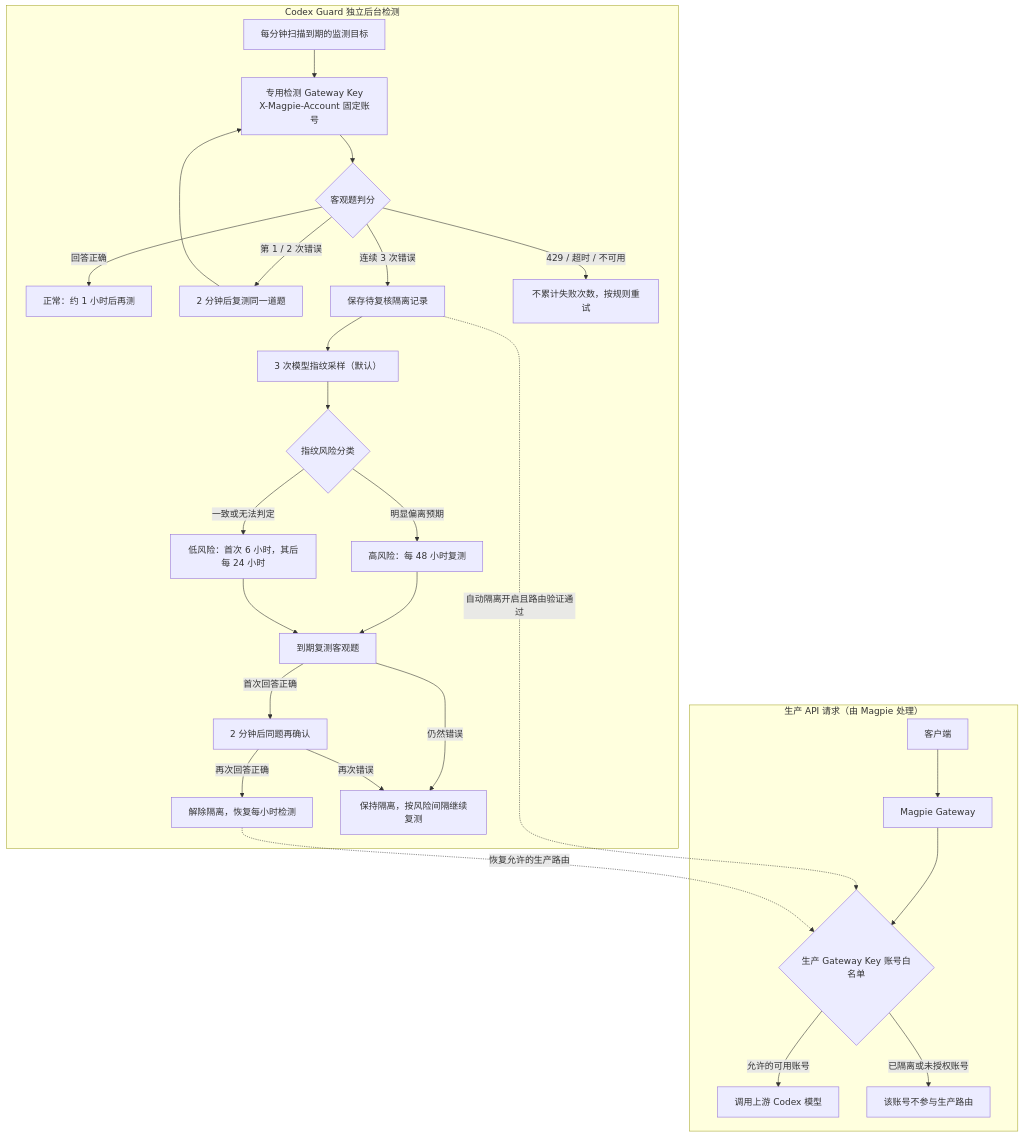
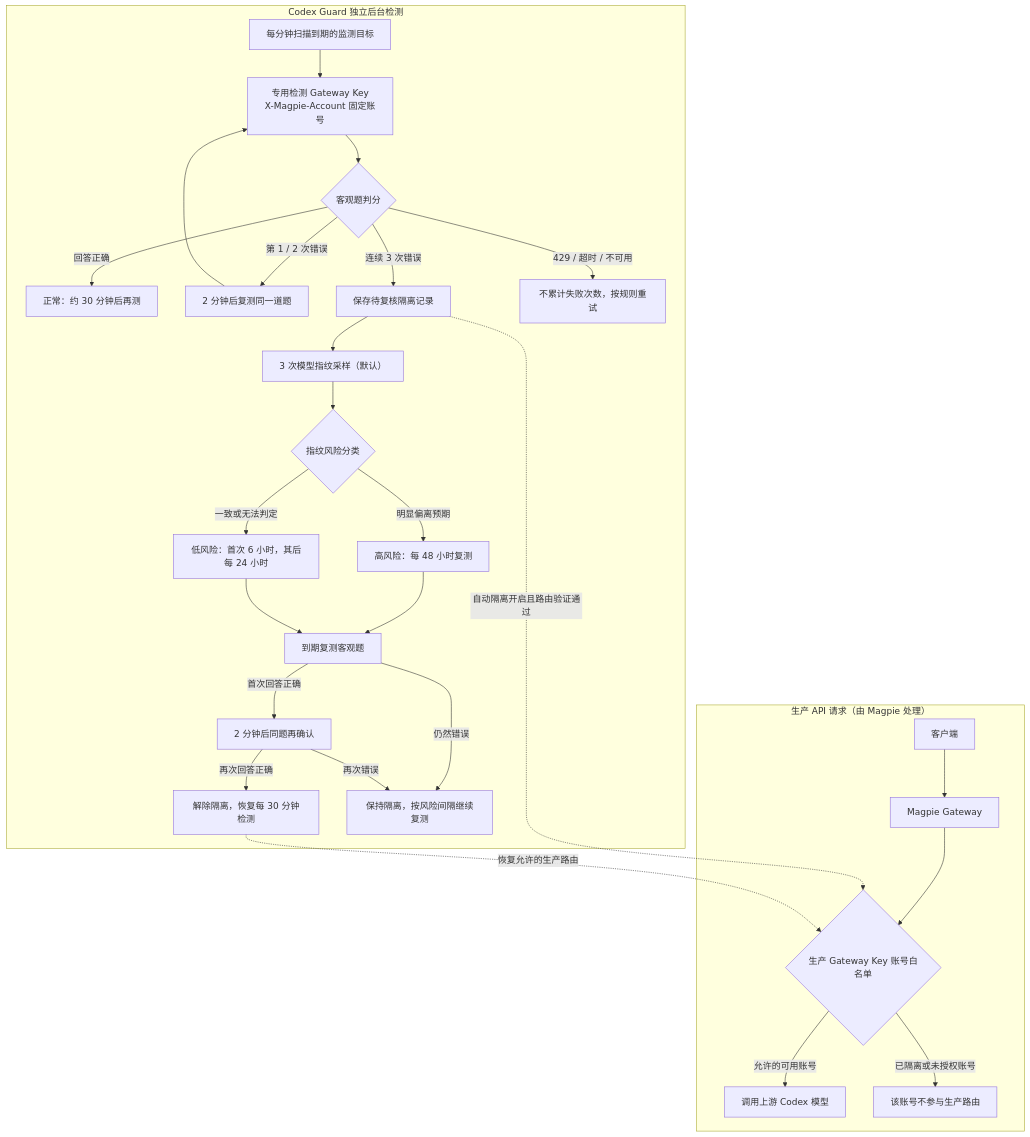
The diagram in README.md (Dsd1001/magpie-codex-guard), drawn with Mermaid before and after one commit. The commit also changed other lines of this file and 22 other files, not shown here.

````diff
--- a/README.md
+++ b/README.md
@@ -44,32 +44,32 @@
 ```mermaid
 flowchart TB
     subgraph BUSINESS["生产 API 请求（由 Magpie 处理）"]
         Client["客户端"] --> Magpie["Magpie Gateway"]
         Magpie --> Key{"生产 Gateway Key 账号白名单"}
         Key -->|"允许的可用账号"| Upstream["调用上游 Codex 模型"]
         Key -->|"已隔离或未授权账号"| Excluded["该账号不参与生产路由"]
     end
 
     subgraph DETECT["Codex Guard 独立后台检测"]
         Scheduler["每分钟扫描到期的监测目标"] --> Probe["专用检测 Gateway Key<br/>X-Magpie-Account 固定账号"]
         Probe --> Grade{"客观题判分"}
-        Grade -->|"回答正确"| Healthy["正常：约 1 小时后再测"]
+        Grade -->|"回答正确"| Healthy["正常：约 30 分钟后再测"]
         Grade -->|"第 1 / 2 次错误"| Suspect["2 分钟后复测同一道题"]
         Suspect --> Probe
         Grade -->|"连续 3 次错误"| Hold["保存待复核隔离记录"]
         Grade -->|"429 / 超时 / 不可用"| Retry["不累计失败次数，按规则重试"]
         Hold --> Fingerprint["3 次模型指纹采样（默认）"]
         Fingerprint --> Risk{"指纹风险分类"}
         Risk -->|"明显偏离预期"| High["高风险：每 48 小时复测"]
         Risk -->|"一致或无法判定"| Low["低风险：首次 6 小时，其后每 24 小时"]
         High --> Retest["到期复测客观题"]
         Low --> Retest
         Retest -->|"首次回答正确"| Confirm["2 分钟后同题再确认"]
-        Confirm -->|"再次回答正确"| Release["解除隔离，恢复每小时检测"]
+        Confirm -->|"再次回答正确"| Release["解除隔离，恢复每 30 分钟检测"]
         Retest -->|"仍然错误"| Remain["保持隔离，按风险间隔继续复测"]
         Confirm -->|"再次错误"| Remain
     end
 
     Hold -.->|"自动隔离开启且路由验证通过"| Key
     Release -.->|"恢复允许的生产路由"| Key
 ```
````
